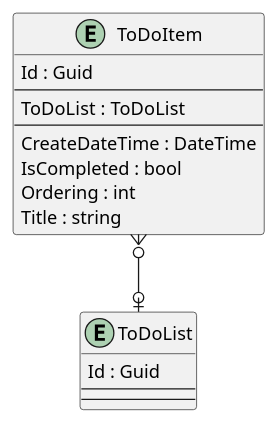
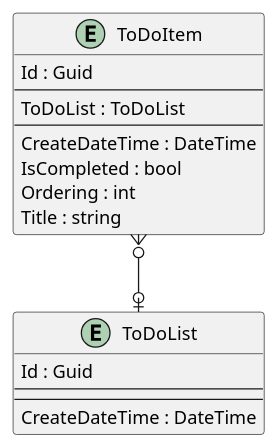
The diagram in .docs/Intrepion.ToDo.pu (intrepion/intrepion_to-do_web_blazor), drawn with PlantUML before and after one commit.

```diff
--- a/.docs/Intrepion.ToDo.pu
+++ b/.docs/Intrepion.ToDo.pu
@@ -1,29 +1,30 @@
 @startuml
 
 entity ToDoItem {
     Id : Guid
     --
     ToDoList : ToDoList
     ' ToDoItemKeyCodePlaceholder
     --
     CreateDateTime : DateTime
     IsCompleted : bool
     Ordering : int
     Title : string
     ' ToDoItemPropertyCodePlaceholder
 }
 
 entity ToDoList {
     Id : Guid
     --
     ' ToDoListKeyCodePlaceholder
     --
+    CreateDateTime : DateTime
     ' ToDoListPropertyCodePlaceholder
 }
 
 ' EntityCodePlaceholder
 
 ToDoItem }o--o| ToDoList
 ' RelationshipCodePlaceholder
 
 @enduml
```
